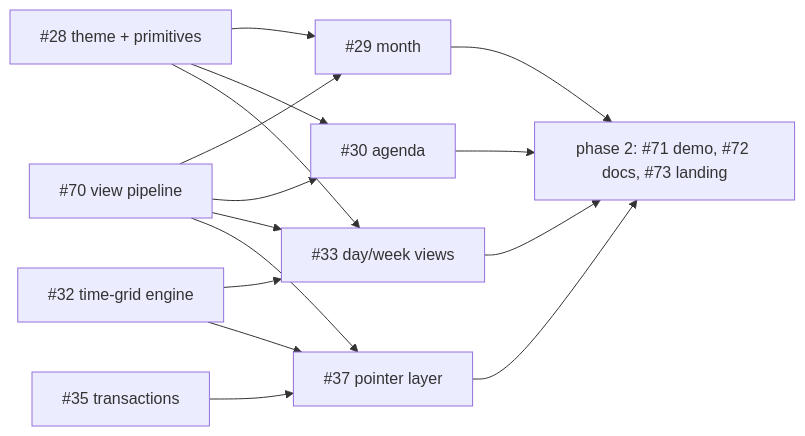
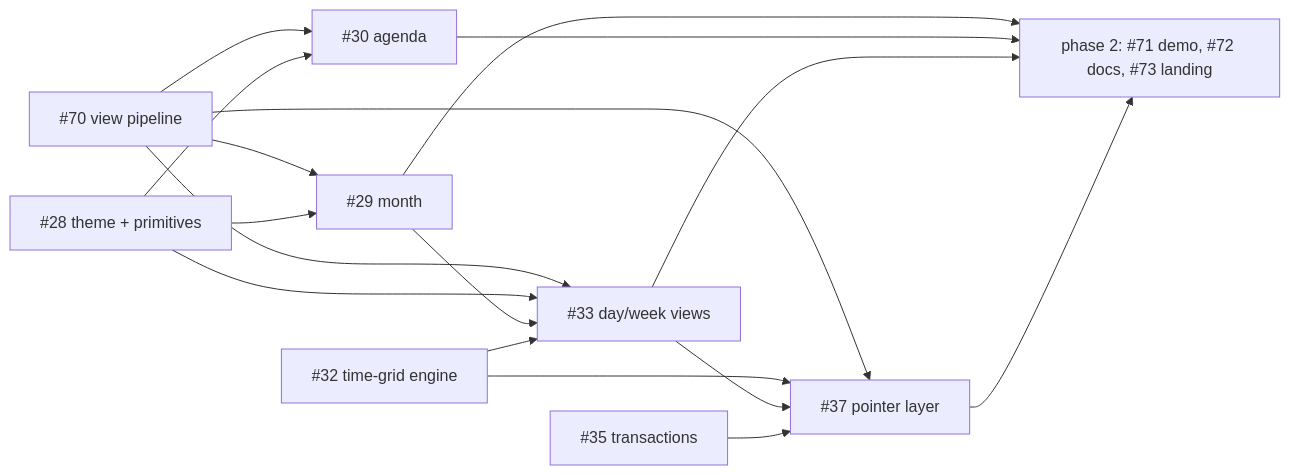
The diagram in IMPLEMENTATION_PLAN.md (Moltenship/time), drawn with Mermaid before and after one commit. The commit also changed other lines of this file, not shown here.

First line of the commit message:
docs: add missing plan edges and list architecture exceptions

````diff
--- a/IMPLEMENTATION_PLAN.md
+++ b/IMPLEMENTATION_PLAN.md
@@ -39,17 +39,19 @@
 ```mermaid
 flowchart LR
   I70["#70 view pipeline"] --> I29["#29 month"]
   I70 --> I30["#30 agenda"]
   I70 --> I33["#33 day/week views"]
   I70 --> I37["#37 pointer layer"]
   I28["#28 theme + primitives"] --> I29
   I28 --> I30
   I28 --> I33
+  I29 --> I33
   I32["#32 time-grid engine"] --> I33
   I32 --> I37
+  I33 --> I37
   I35["#35 transactions"] --> I37
   I29 --> P2["phase 2: #71 demo, #72 docs, #73 landing"]
   I30 --> P2
   I33 --> P2
   I37 --> P2
 ```
````
